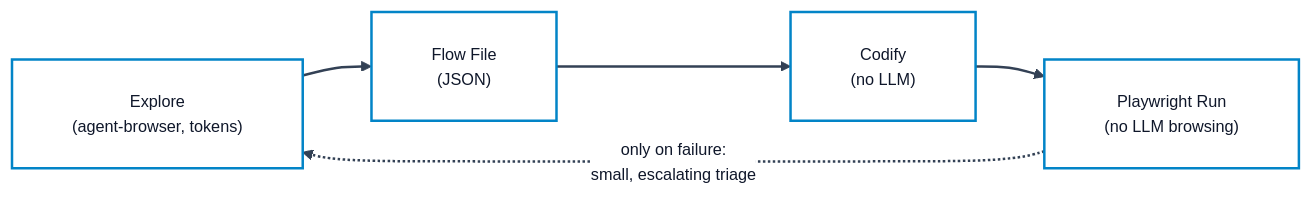
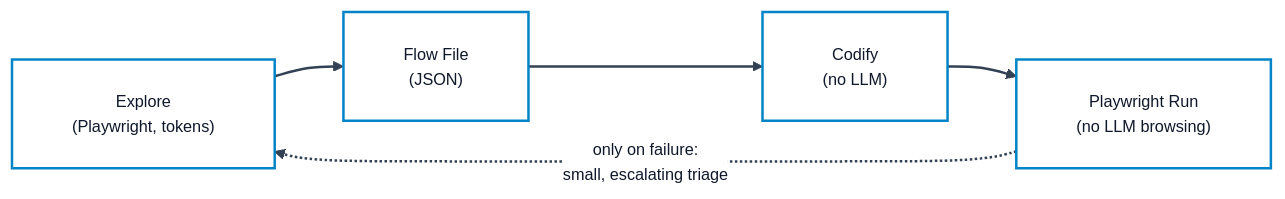
Before and after one commit to andycungkrinx91/konoha: the first of 2 diagrams in docs/QA-AUTOMATION.md, drawn with Mermaid. The commit also changed other lines of this file and 30 other files, not shown here.

````diff
--- a/docs/QA-AUTOMATION.md
+++ b/docs/QA-AUTOMATION.md
@@ -19,33 +21,33 @@
 ```mermaid
 ---
 config:
   theme: base
   themeVariables:
     darkMode: false
     background: '#ffffff'
     mainBkg: '#ffffff'
     primaryColor: '#ffffff'
     primaryTextColor: '#0f172a'
     primaryBorderColor: '#0284c7'
     lineColor: '#334155'
     arrowheadColor: '#334155'
     fontFamily: 'Inter, system-ui, -apple-system, sans-serif'
     fontSize: '13px'
   flowchart:
     nodeSpacing: 45
     rankSpacing: 55
     padding: 24
     wrappingWidth: 350
 ---
 flowchart LR
-    A["Explore<br/>(agent-browser, tokens)"] --> B["Flow File<br/>(JSON)"]
+    A["Explore<br/>(Playwright, tokens)"] --> B["Flow File<br/>(JSON)"]
     B --> C["Codify<br/>(no LLM)"]
     C --> D["Playwright Run<br/>(no LLM browsing)"]
     D -. "only on failure:<br/>small, escalating triage" .-> A
 
     linkStyle default stroke:#334155,stroke-width:2px;
     style A fill:#ffffff,stroke:#0284c7,stroke-width:2px,color:#0f172a
     style B fill:#ffffff,stroke:#0284c7,stroke-width:2px,color:#0f172a
     style C fill:#ffffff,stroke:#0284c7,stroke-width:2px,color:#0f172a
     style D fill:#ffffff,stroke:#0284c7,stroke-width:2px,color:#0f172a
 ```
````
